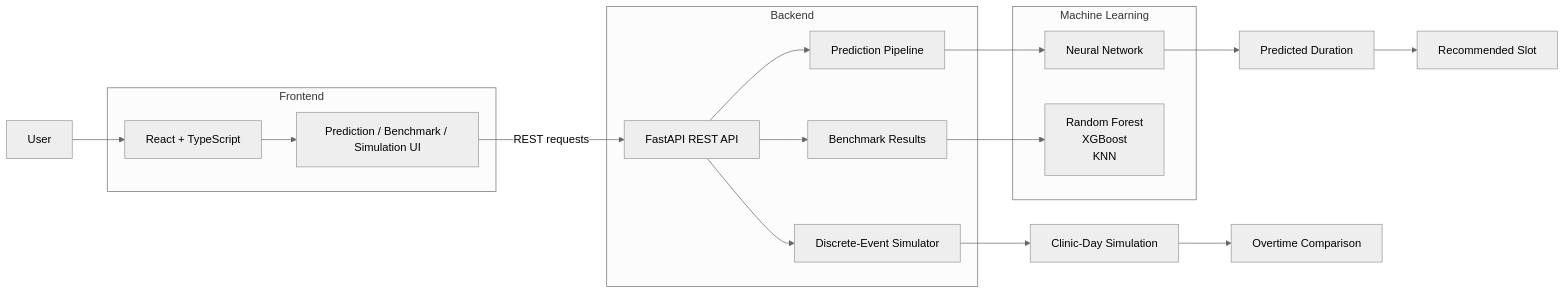
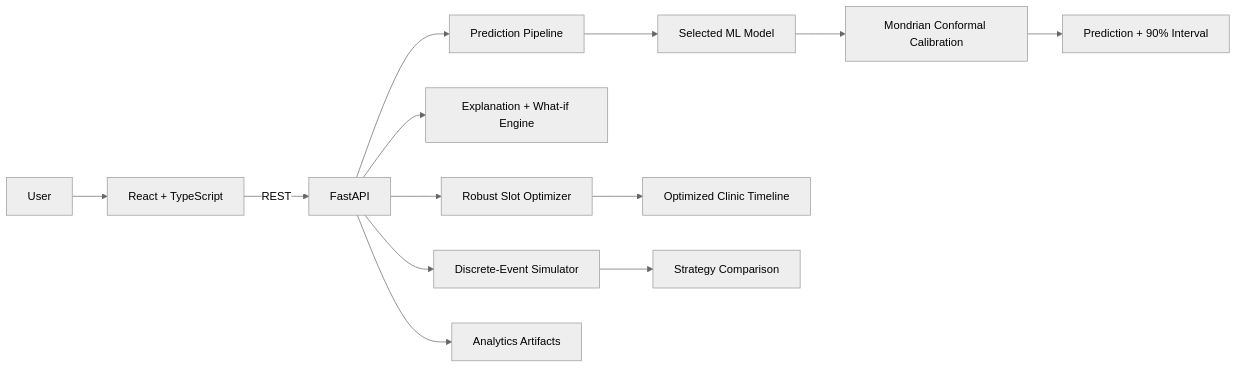
The first of 3 diagrams in README.md (Ixhi08/smart-scheduling), drawn with Mermaid (neutral theme) before and after one commit. The commit also changed other lines of this file and 23 other files, not shown here.

````diff
--- a/README.md
+++ b/README.md
@@ -193,39 +83,19 @@
 ```mermaid
 flowchart LR
+    U[User] --> FE[React + TypeScript]
 
-    U["User"]
+    FE -->|REST| API[FastAPI]
 
-    subgraph Frontend
-        R["React + TypeScript"]
-        UI["Prediction / Benchmark / Simulation UI"]
-    end
+    API --> P[Prediction Pipeline]
+    API --> X[Explanation + What-if Engine]
+    API --> O[Robust Slot Optimizer]
+    API --> S[Discrete-Event Simulator]
+    API --> A[Analytics Artifacts]
 
-    subgraph Backend
-        F["FastAPI REST API"]
-        P["Prediction Pipeline"]
-        S["Discrete-Event Simulator"]
-        BR["Benchmark Results"]
-    end
+    P --> M[Selected ML Model]
+    M --> C[Mondrian Conformal Calibration]
+    C --> R[Prediction + 90% Interval]
 
-    subgraph MachineLearning["Machine Learning"]
-        M["Neural Network"]
-        BM["Random Forest<br/>XGBoost<br/>KNN"]
-    end
-
-    U --> R
-    R --> UI
-    UI -->|REST requests| F
-
-    F --> P
-    F --> S
-    F --> BR
-
-    P --> M
-    BR --> BM
-
-    M --> PD["Predicted Duration"]
-    PD --> RS["Recommended Slot"]
-
-    S --> CS["Clinic-Day Simulation"]
-    CS --> OC["Overtime Comparison"]
+    O --> T[Optimized Clinic Timeline]
+    S --> T2[Strategy Comparison]
 ```
````
